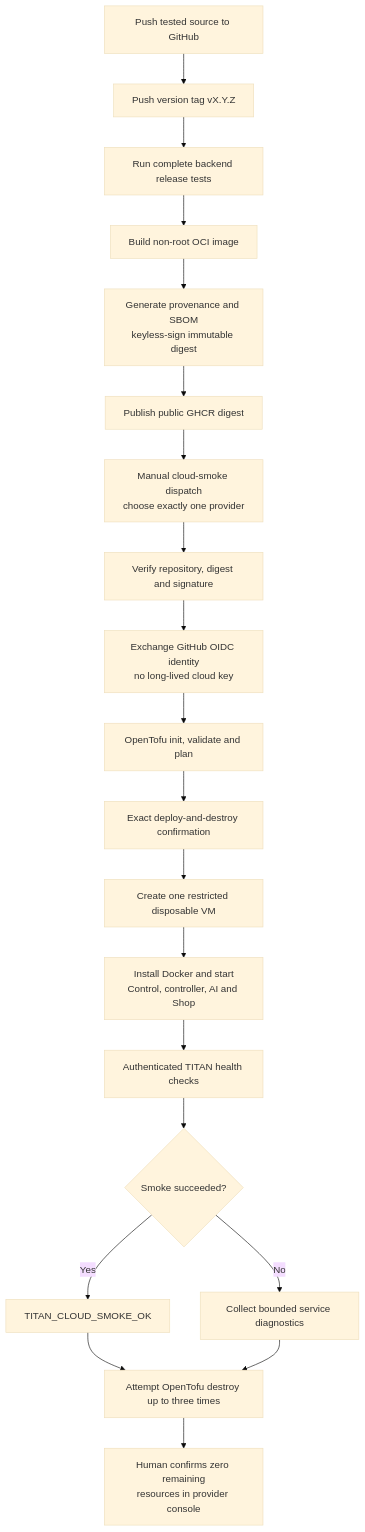
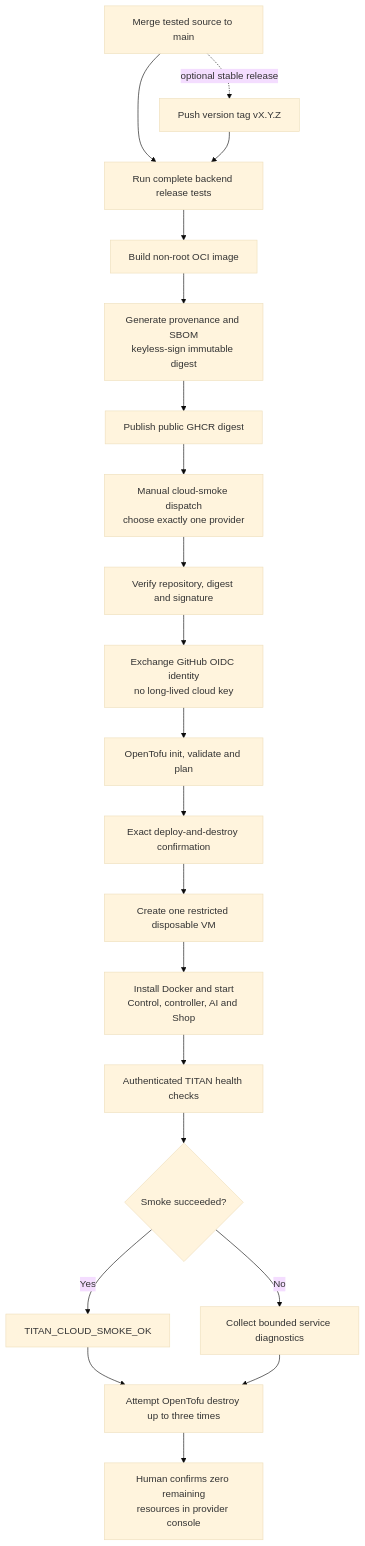
Before and after one commit to lakshaywalia666/Project-TITAN: the sixth of 6 diagrams in README.md, drawn with Mermaid (base theme). The commit also changed other lines of this file and 8 other files, not shown here.

````diff
--- a/README.md
+++ b/README.md
@@ -419,22 +431,23 @@
 ```mermaid
 flowchart TD
-    Commit["Push tested source to GitHub"] --> Tag["Push version tag vX.Y.Z"]
-    Tag --> ReleaseTests["Run complete backend release tests"]
+    Commit["Merge tested source to main"] --> ReleaseTests["Run complete backend release tests"]
+    Commit -. "optional stable release" .-> Tag["Push version tag vX.Y.Z"]
+    Tag --> ReleaseTests
     ReleaseTests --> Image["Build non-root OCI image"]
     Image --> SupplyChain["Generate provenance and SBOM<br/>keyless-sign immutable digest"]
     SupplyChain --> GHCR["Publish public GHCR digest"]
     GHCR --> Manual["Manual cloud-smoke dispatch<br/>choose exactly one provider"]
     Manual --> Verify["Verify repository, digest and signature"]
     Verify --> OIDC["Exchange GitHub OIDC identity<br/>no long-lived cloud key"]
     OIDC --> Plan["OpenTofu init, validate and plan"]
     Plan --> Confirm["Exact deploy-and-destroy confirmation"]
     Confirm --> VM["Create one restricted disposable VM"]
     VM --> Bootstrap["Install Docker and start<br/>Control, controller, AI and Shop"]
     Bootstrap --> Smoke["Authenticated TITAN health checks"]
     Smoke --> Result{"Smoke succeeded?"}
     Result -->|Yes| Success["TITAN_CLOUD_SMOKE_OK"]
     Result -->|No| Diagnostics["Collect bounded service diagnostics"]
     Success --> Destroy["Attempt OpenTofu destroy up to three times"]
     Diagnostics --> Destroy
     Destroy --> Console["Human confirms zero remaining<br/>resources in provider console"]
 ```
````
